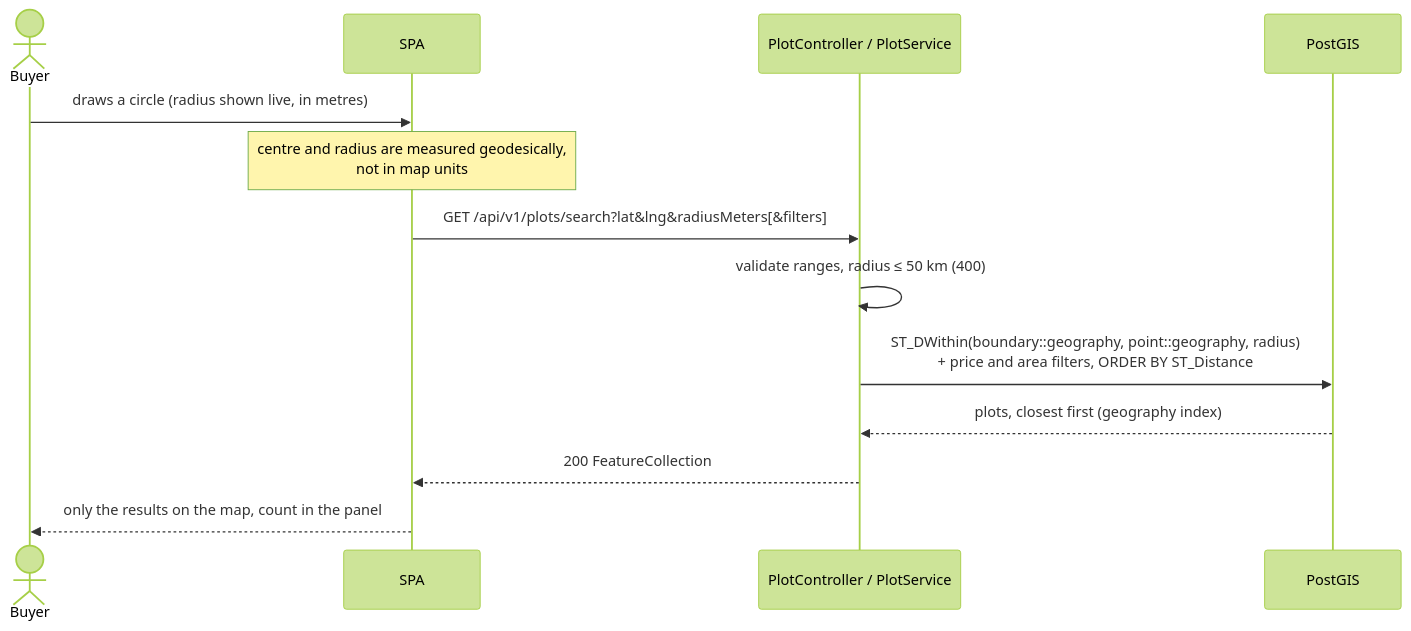
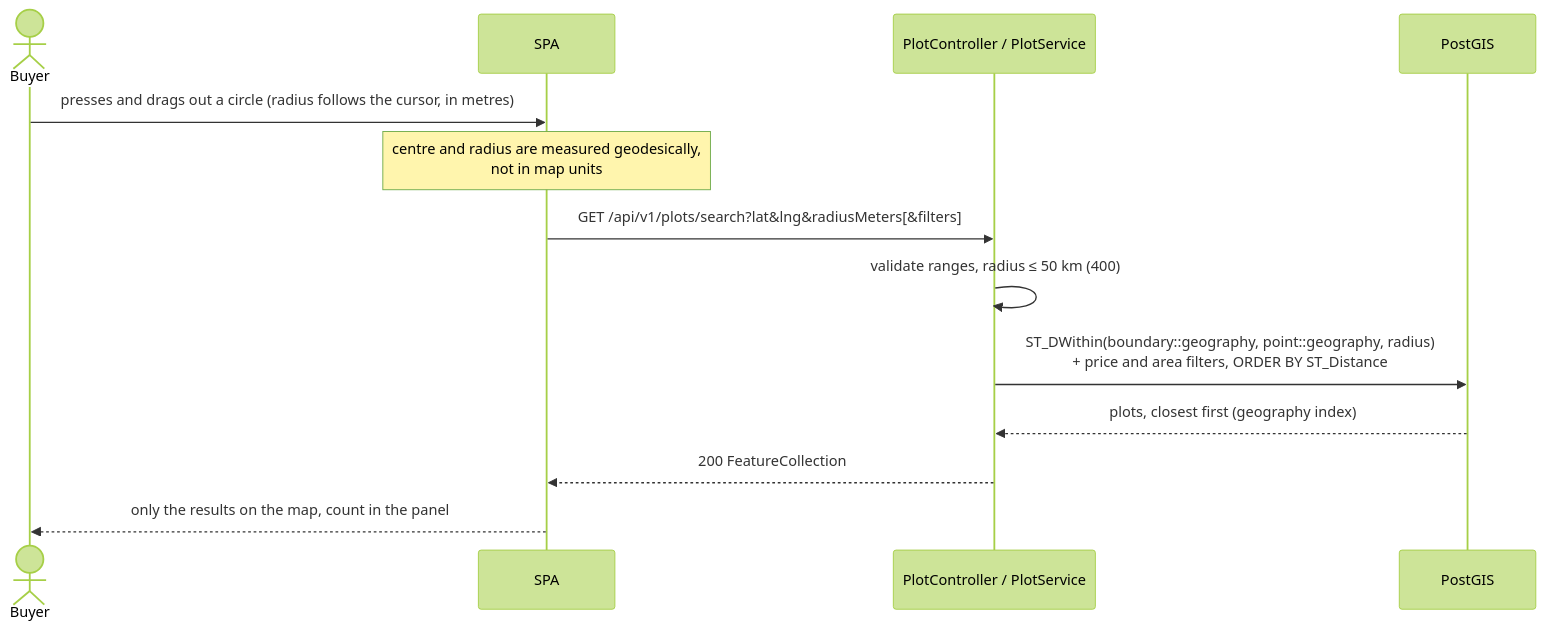
The seventh of 10 diagrams in docs/architecture.md (ctrindadedev/lotline), drawn with Mermaid (forest theme) before and after one commit. The commit also changed 5 other files, not shown here.

````diff
--- a/docs/architecture.md
+++ b/docs/architecture.md
@@ -229,16 +229,16 @@
 ```mermaid
 sequenceDiagram
     actor Buyer
     participant SPA
     participant API as PlotController / PlotService
     participant DB as PostGIS
 
-    Buyer->>SPA: draws a circle (radius shown live, in metres)
+    Buyer->>SPA: presses and drags out a circle (radius follows the cursor, in metres)
     Note over SPA: centre and radius are measured geodesically,<br/>not in map units
     SPA->>API: GET /api/v1/plots/search?lat&lng&radiusMeters[&filters]
     API->>API: validate ranges, radius ≤ 50 km (400)
     API->>DB: ST_DWithin(boundary::geography, point::geography, radius)<br/>+ price and area filters, ORDER BY ST_Distance
     DB-->>API: plots, closest first (geography index)
     API-->>SPA: 200 FeatureCollection
     SPA-->>Buyer: only the results on the map, count in the panel
 ```
````
